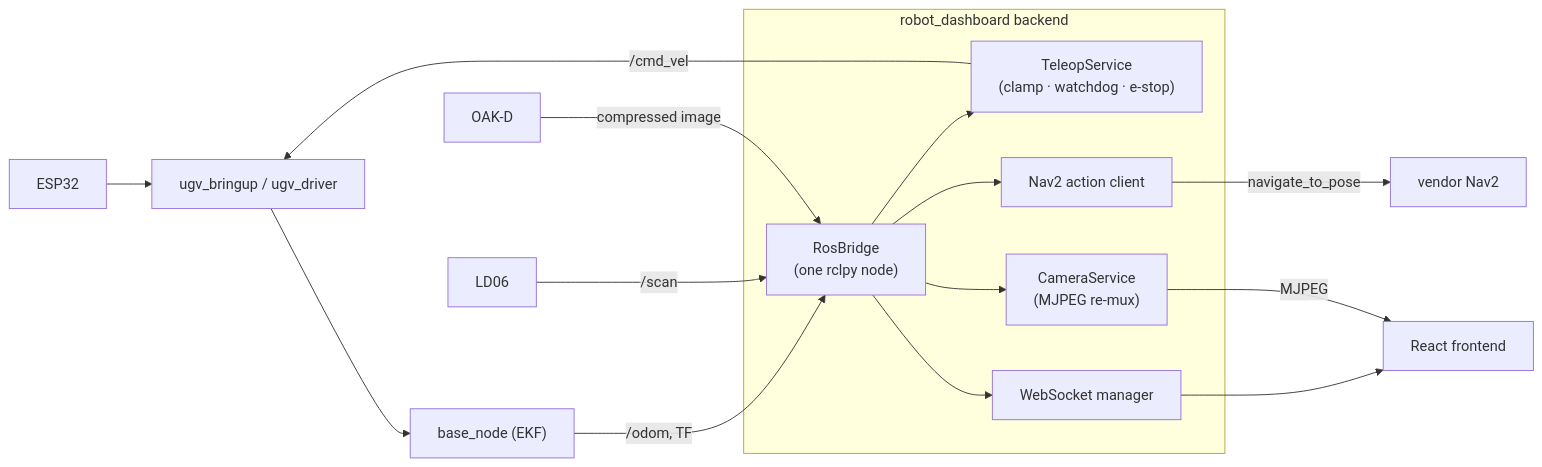
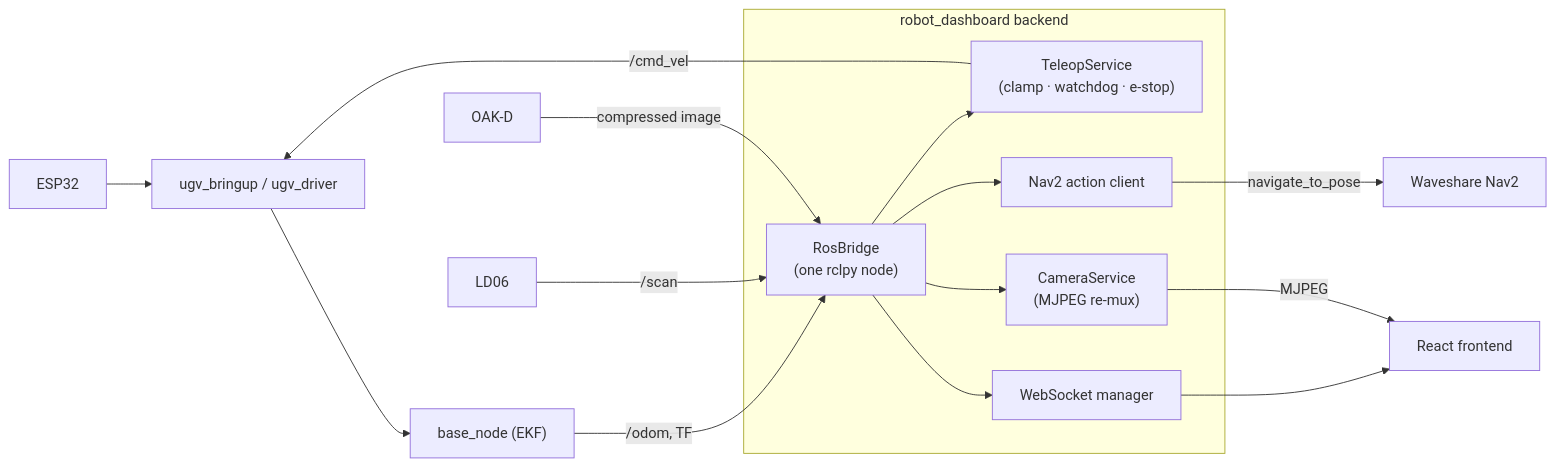
The second of 2 diagrams in README.md (Greninja44/ugv-beast-robot-ws), drawn with Mermaid before and after one commit. The commit also changed other lines of this file and 1 other file, not shown here.

First line of the commit message:
Polish README for new users: full architecture, cleaner wording

````diff
--- a/README.md
+++ b/README.md
@@ -110,22 +110,22 @@
 ```mermaid
 flowchart LR
   ESP["ESP32"] --> bringup["ugv_bringup / ugv_driver"]
   bringup --> base["base_node (EKF)"]
   base -->|/odom, TF| bridge
   LIDAR["LD06"] -->|/scan| bridge
   CAM["OAK-D"] -->|compressed image| bridge
 
   subgraph dashboard["robot_dashboard backend"]
     bridge["RosBridge<br/>(one rclpy node)"]
     teleop["TeleopService<br/>(clamp · watchdog · e-stop)"]
     camsvc["CameraService<br/>(MJPEG re-mux)"]
     nav["Nav2 action client"]
     ws["WebSocket manager"]
   end
 
   bridge --> teleop --> |/cmd_vel| bringup
   bridge --> camsvc
-  bridge --> nav -->|navigate_to_pose| Nav2["vendor Nav2"]
+  bridge --> nav -->|navigate_to_pose| Nav2["Waveshare Nav2"]
   bridge --> ws --> Browser["React frontend"]
   camsvc -->|MJPEG| Browser
 ```
````
